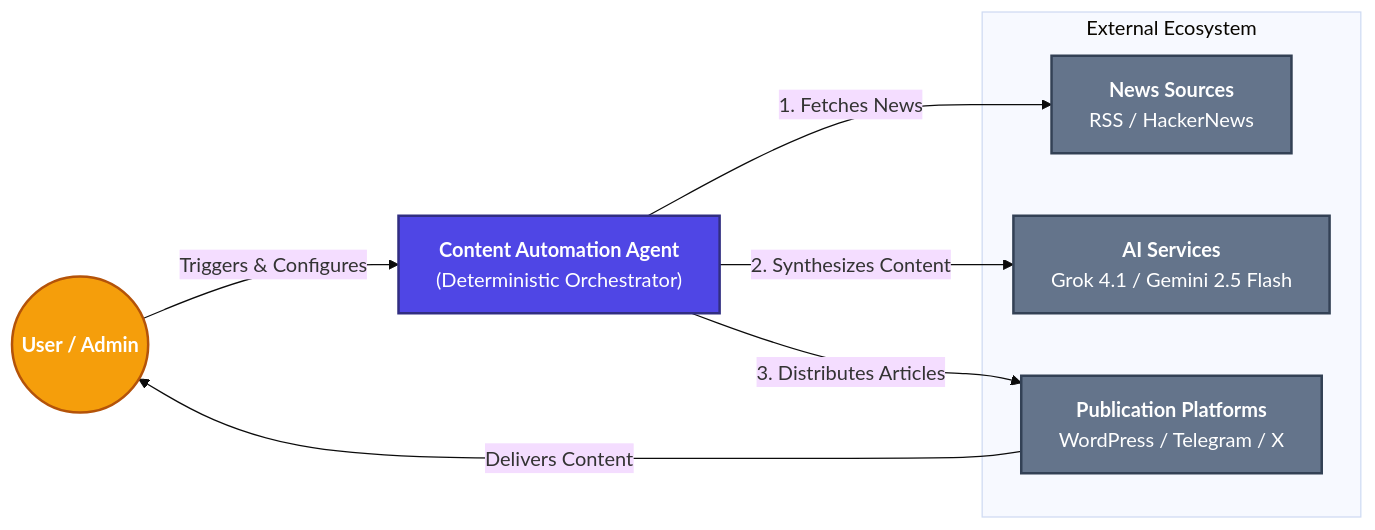
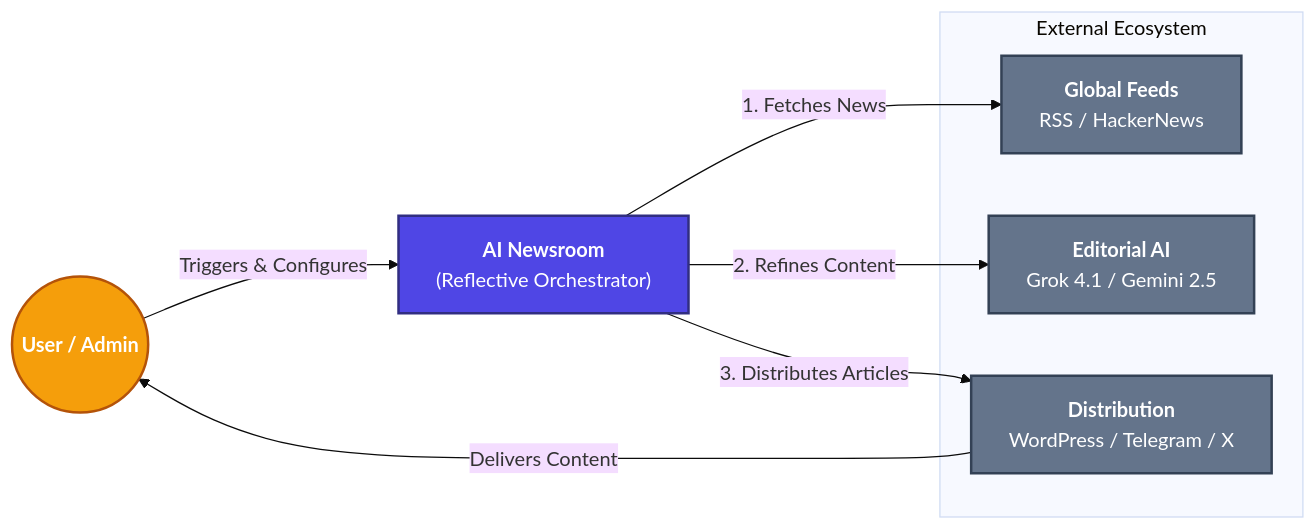
The first of 2 diagrams in docs/architecture.md (hahuint/Content-Automation-Agent), drawn with Mermaid (base theme) before and after one commit. The commit also changed other lines of this file and 9 other files, not shown here.

````diff
--- a/docs/architecture.md
+++ b/docs/architecture.md
@@ -9,22 +9,22 @@
 ```mermaid
 graph LR
     %% Styles
     classDef system fill:#4f46e5,stroke:#312e81,color:#fff,stroke-width:2px;
     classDef user fill:#f59e0b,stroke:#b45309,color:#fff,stroke-width:2px;
     classDef external fill:#64748b,stroke:#334155,color:#fff,stroke-width:2px;
 
     User(("<b>User / Admin</b>")):::user
-    Agent["<b>Content Automation Agent</b><br/>(Deterministic Orchestrator)"]:::system
+    Agent["<b>AI Newsroom</b><br/>(Reflective Orchestrator)"]:::system
     
     subgraph "External Ecosystem"
-        News["<b>News Sources</b><br/>RSS / HackerNews"]:::external
-        AI["<b>AI Services</b><br/>Grok 4.1 / Gemini 2.5 Flash"]:::external
-        Publishing["<b>Publication Platforms</b><br/>WordPress / Telegram / X"]:::external
+        News["<b>Global Feeds</b><br/>RSS / HackerNews"]:::external
+        AI["<b>Editorial AI</b><br/>Grok 4.1 / Gemini 2.5"]:::external
+        Publishing["<b>Distribution</b><br/>WordPress / Telegram / X"]:::external
     end
 
     User -->|Triggers & Configures| Agent
     Agent -->|1. Fetches News| News
-    Agent -->|2. Synthesizes Content| AI
+    Agent -->|2. Refines Content| AI
     Agent -->|3. Distributes Articles| Publishing
     Publishing -->|Delivers Content| User
 ```
````
